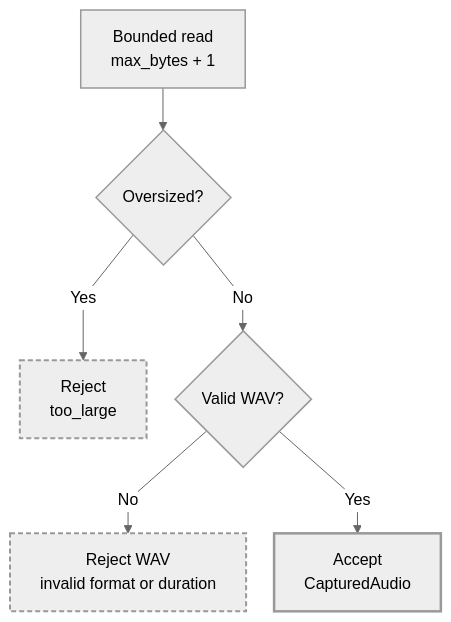
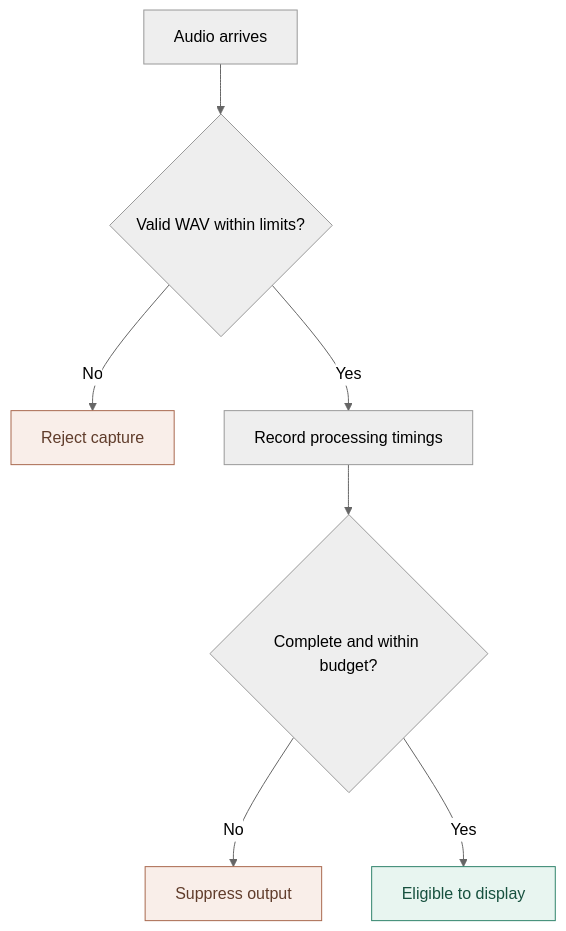
The diagram in README.md (Niyam-Paneru/voice-pipeline-guard), drawn with Mermaid (neutral theme) before and after one commit. The commit also changed other lines of this file, not shown here.

Commit message:
docs: one purposeful visual, not repeated generated flowcharts

````diff
--- a/README.md
+++ b/README.md
@@ -21,23 +19,13 @@
 ```mermaid
----
-config:
-  flowchart:
-    curve: linear
-    nodeSpacing: 28
-    rankSpacing: 42
----
 flowchart TB
-    accTitle: Capture: accept only valid, bounded audio
-    accDescr: Decision flow for capture: accept only valid, bounded audio.
-    A["Bounded read<br/>max_bytes + 1"] --> B{"Oversized?"}
-    B -- Yes --> R["Reject<br/>too_large"]
-    B -- No --> C{"Valid WAV?"}
-    C -- No --> X["Reject WAV<br/>invalid format or duration"]
-    C -- Yes --> D["Accept<br/>CapturedAudio"]
-    classDef input stroke-width:1.5px;
-    classDef pass stroke-width:2.5px;
-    classDef stop stroke-width:2px,stroke-dasharray:5 3;
-    class A,B,C input;
-    class D pass;
-    class R,X stop;
+    A["Audio arrives"] --> B{"Valid WAV within limits?"}
+    B -- No --> R["Reject capture"]
+    B -- Yes --> C["Record processing timings"]
+    C --> D{"Complete and within budget?"}
+    D -- No --> S["Suppress output"]
+    D -- Yes --> P["Eligible to display"]
+    classDef stopped fill:#F9EEE9,stroke:#A9694F,color:#603C2B;
+    classDef ready fill:#E8F5F0,stroke:#31846C,color:#17513F;
+    class R,S stopped;
+    class P ready;
 ```
````
